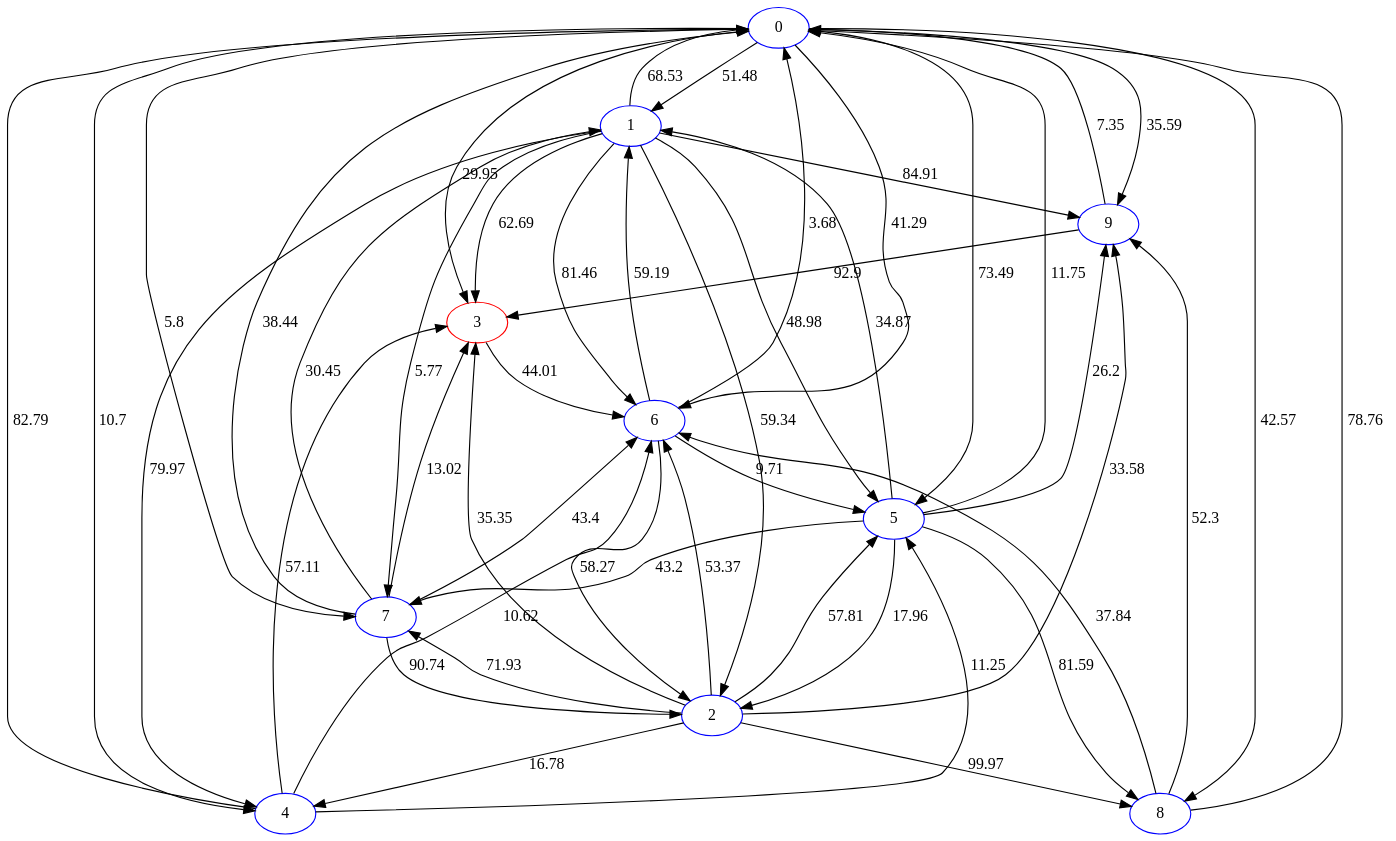
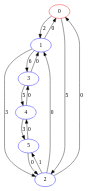
Before and after one commit to Erdahil/AiSD2-projekt: the diagram in Projekt/rysunek.dot, drawn with Graphviz. The commit also changed 4 other files, not shown here.

```diff
--- a/Projekt/rysunek.dot
+++ b/Projekt/rysunek.dot
@@ -1,62 +1,22 @@
 digraph G {
-size = "50, 50!";
-ratio = "compress";
-    0 [pos="-36.92,94.56!", label="0", color="blue"];
-    1 [pos="-43.17,-90.17!", label="1", color="blue"];
-    2 [pos="-32.82,53.26!", label="2", color="blue"];
-    3 [pos="-49.61,-45!", label="3", color="red"];
-    4 [pos="75.44,-25.53!", label="4", color="blue"];
-    5 [pos="-40.14,-70.44!", label="5", color="blue"];
-    6 [pos="14.55,-33.73!", label="6", color="blue"];
-    7 [pos="-56.63,-17.99!", label="7", color="blue"];
-    8 [pos="-89.01,-81.54!", label="8", color="blue"];
-    9 [pos="-55.37,-45.18!", label="9", color="blue"];
-    0 -> 8 [label="42.57"];
-    0 -> 6 [label="41.29"];
-    0 -> 7 [label="5.8"];
-    0 -> 9 [label="35.59"];
-    0 -> 5 [label="73.49"];
-    0 -> 3 [label="29.95"];
-    0 -> 1 [label="51.48"];
-    0 -> 4 [label="10.7"];
-    1 -> 4 [label="79.97"];
-    1 -> 0 [label="68.53"];
-    1 -> 3 [label="62.69"];
-    1 -> 6 [label="81.46"];
-    1 -> 5 [label="48.98"];
-    1 -> 9 [label="84.91"];
-    1 -> 7 [label="5.77"];
-    1 -> 2 [label="59.34"];
-    2 -> 6 [label="53.37"];
-    2 -> 5 [label="57.81"];
-    2 -> 8 [label="99.97"];
-    2 -> 3 [label="35.35"];
-    2 -> 9 [label="33.58"];
-    2 -> 4 [label="16.78"];
-    2 -> 7 [label="71.93"];
-    3 -> 6 [label="44.01"];
-    4 -> 0 [label="82.79"];
-    4 -> 5 [label="11.25"];
-    4 -> 3 [label="57.11"];
-    4 -> 6 [label="10.62"];
-    5 -> 2 [label="17.96"];
-    5 -> 1 [label="34.87"];
-    5 -> 8 [label="81.59"];
-    5 -> 9 [label="26.2"];
-    5 -> 7 [label="43.2"];
-    5 -> 0 [label="11.75"];
-    6 -> 2 [label="58.27"];
-    6 -> 5 [label="9.71"];
-    6 -> 0 [label="3.68"];
-    6 -> 1 [label="59.19"];
-    7 -> 0 [label="38.44"];
-    7 -> 1 [label="30.45"];
-    7 -> 2 [label="90.74"];
-    7 -> 6 [label="43.4"];
-    7 -> 3 [label="13.02"];
-    8 -> 0 [label="78.76"];
-    8 -> 9 [label="52.3"];
-    8 -> 6 [label="37.84"];
-    9 -> 3 [label="92.9"];
-    9 -> 0 [label="7.35"];
+    0 [pos="1,1!", label="0", color="red"];
+    1 [pos="2,-3!", label="1", color="blue"];
+    2 [pos="4,1!", label="2", color="blue"];
+    3 [pos="4,-1!", label="3", color="blue"];
+    4 [pos="6,1!", label="4", color="blue"];
+    5 [pos="6,-1!", label="5", color="blue"];
+    0 -> 2 [label="5"];
+    0 -> 1 [label="2"];
+    1 -> 2 [label="3"];
+    1 -> 3 [label="6"];
+    1 -> 0 [label="0"];
+    2 -> 5 [label="1"];
+    2 -> 0 [label="0"];
+    2 -> 1 [label="0"];
+    3 -> 4 [label="5"];
+    3 -> 1 [label="0"];
+    4 -> 5 [label="3"];
+    4 -> 3 [label="0"];
+    5 -> 2 [label="0"];
+    5 -> 4 [label="0"];
 }
```
